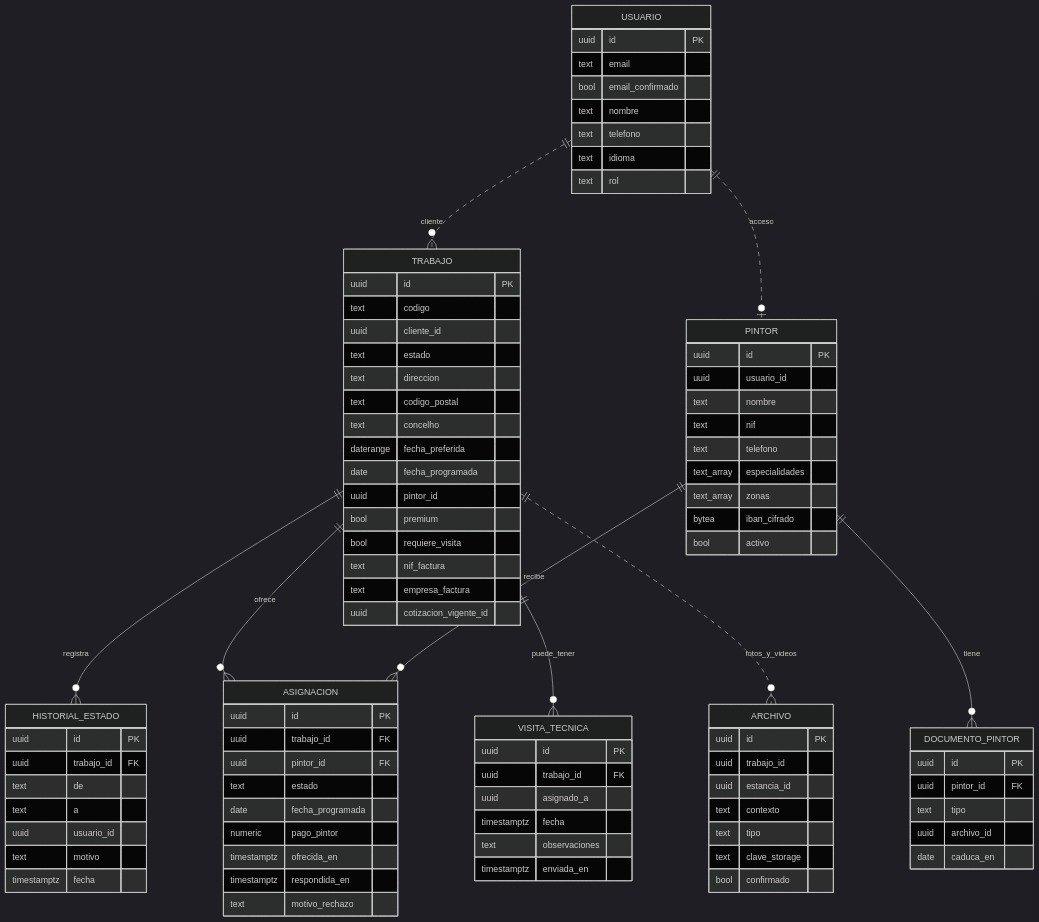
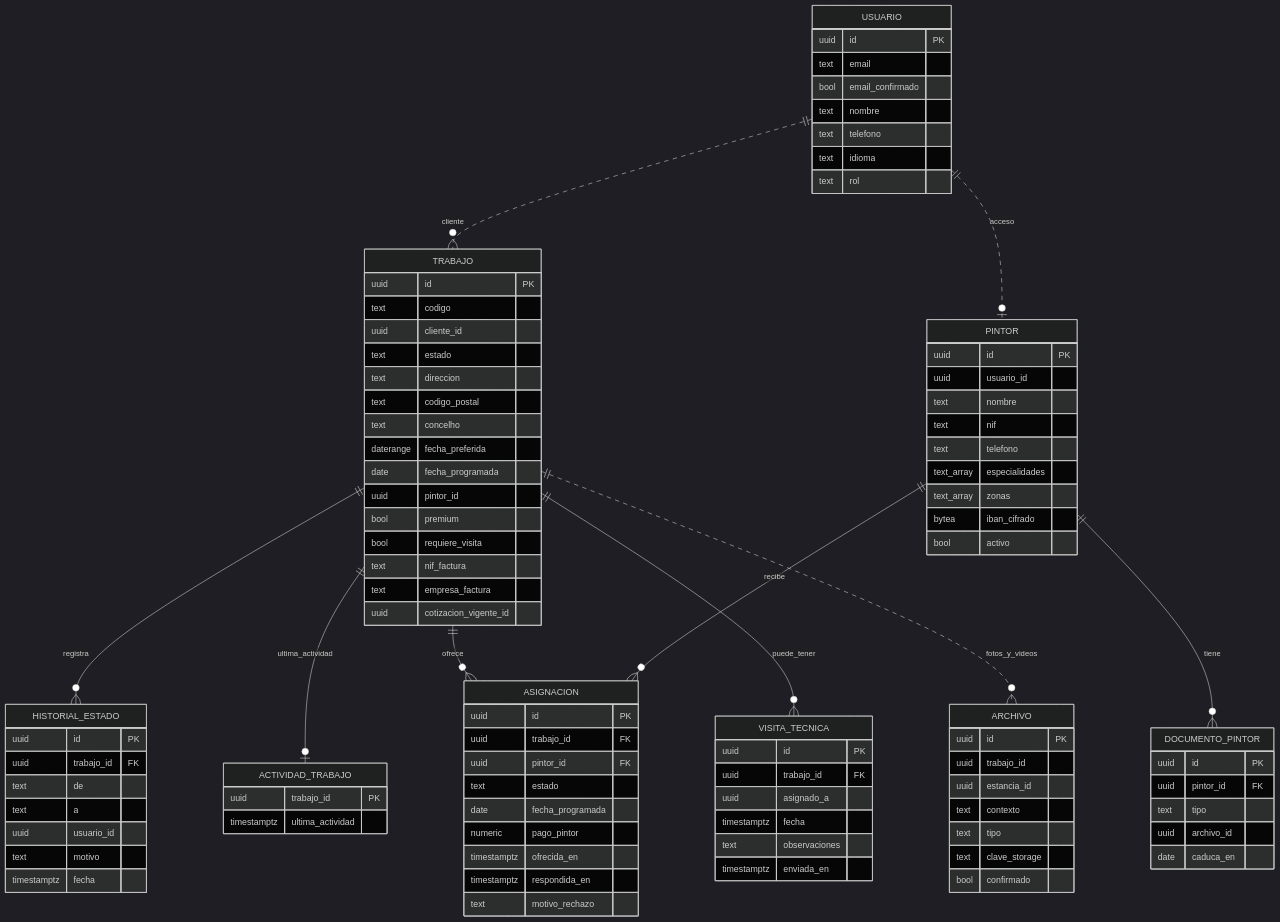
One commit to nilh77/pinta changed the second of 3 diagrams in docs/data-model.md. Above: the diagram before and after it, drawn with Mermaid (dark theme). The commit also changed other lines of this file and 1 other file, not shown here.

Commit message:
docs: job activity ordering, painter on the board, sign-in to the role's start page

```diff
--- a/docs/data-model.md
+++ b/docs/data-model.md
@@ -112,6 +112,7 @@
 erDiagram
   USUARIO ||..o{ TRABAJO : cliente
   TRABAJO ||--o{ HISTORIAL_ESTADO : registra
+  TRABAJO ||--o| ACTIVIDAD_TRABAJO : ultima_actividad
   TRABAJO ||--o{ ASIGNACION : ofrece
   TRABAJO ||--o{ VISITA_TECNICA : puede_tener
   TRABAJO ||..o{ ARCHIVO : fotos_y_videos
@@ -134,6 +135,10 @@
     text nif_factura
     text empresa_factura
     uuid cotizacion_vigente_id
+  }
+  ACTIVIDAD_TRABAJO {
+    uuid trabajo_id PK
+    timestamptz ultima_actividad
   }
   HISTORIAL_ESTADO {
     uuid id PK
```
